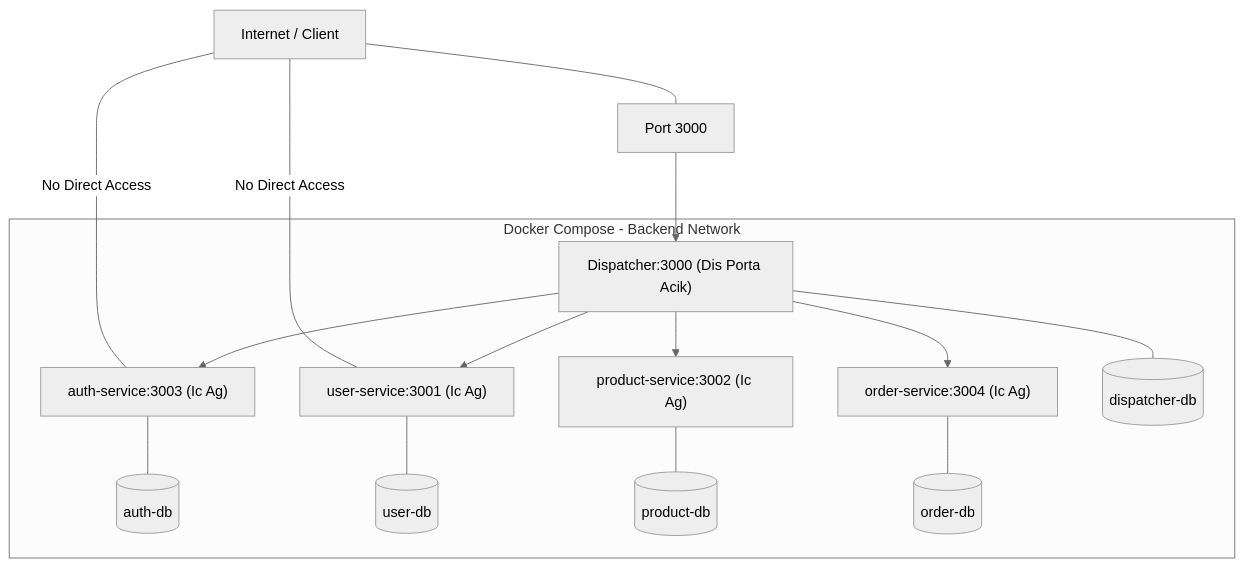
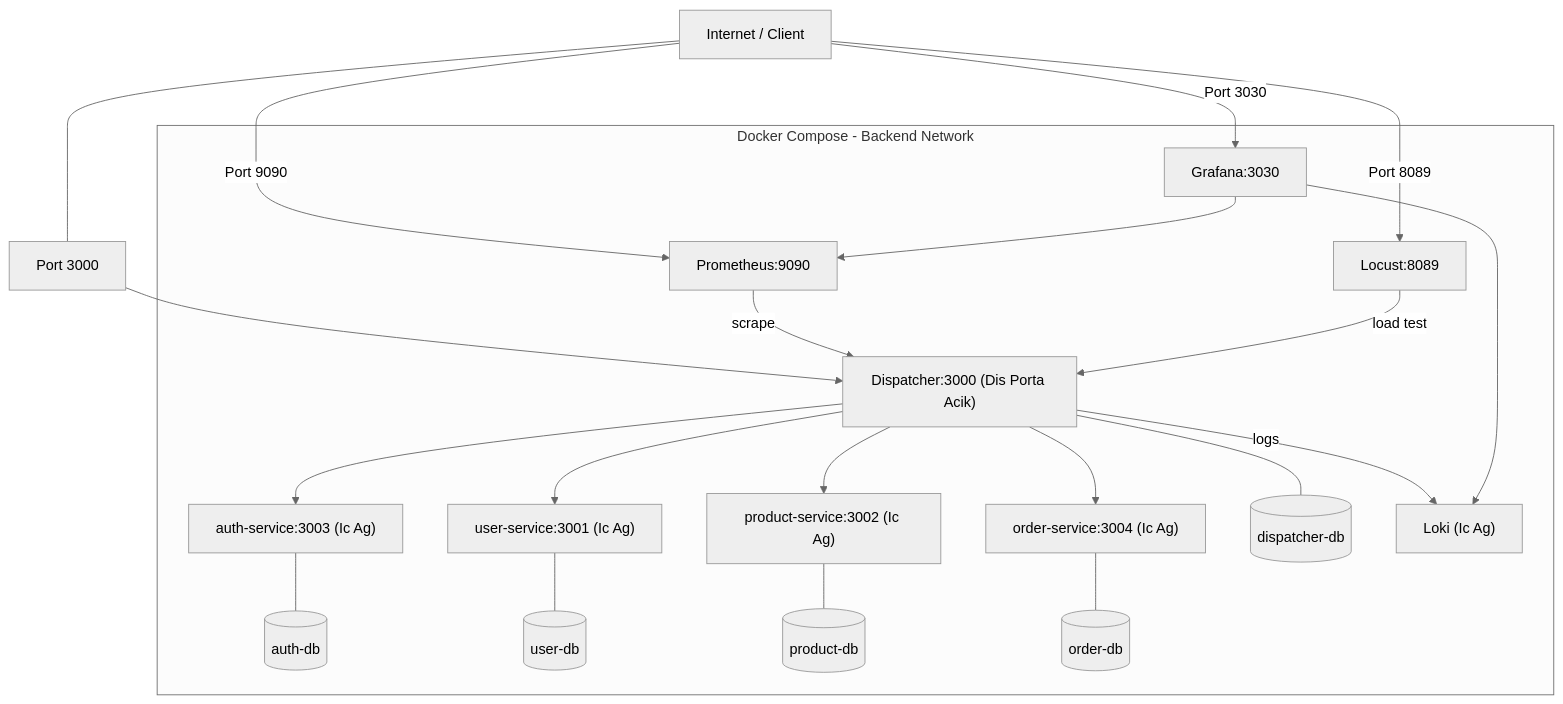
The fifth of 5 diagrams in README.md (iremkalayci/microservice-dispatcher), drawn with Mermaid (neutral theme) before and after one commit. The commit also changed other lines of this file and 10 other files, not shown here.

Commit message:
Prometheus, Grafana, Loki ve Locust izleme altyapisi eklendi - Docker uzerinden tam entegrasyon

````diff
--- a/README.md
+++ b/README.md
@@ -341,37 +359,46 @@
 ```mermaid
 graph TD
     subgraph "Docker Compose - Backend Network"
         D["Dispatcher:3000 (Dis Porta Acik)"]
         
         A["auth-service:3003 (Ic Ag)"]
         U["user-service:3001 (Ic Ag)"]
         P["product-service:3002 (Ic Ag)"]
         O["order-service:3004 (Ic Ag)"]
         
         DDB[(dispatcher-db)]
         ADB[(auth-db)]
         UDB[(user-db)]
         PDB[(product-db)]
         ODB[(order-db)]
+
+        PROM["Prometheus:9090"]
+        GRAF["Grafana:3030"]
+        LOKI["Loki (Ic Ag)"]
+        LOC["Locust:8089"]
     end
     
     Client["Internet / Client"] --- Port3000["Port 3000"]
     Port3000 --> D
     
-    %% Erisim Kisitlamalari
-    Client -- "No Direct Access" --- A
-    Client -- "No Direct Access" --- U
+    Client -- "Port 3030" --> GRAF
+    Client -- "Port 9090" --> PROM
+    Client -- "Port 8089" --> LOC
     
-    %% Servis Yonlendirmeleri
     D --> A
     D --> U
     D --> P
     D --> O
     
-    %% Veritabani Baglantilari
     D --- DDB
     A --- ADB
     U --- UDB
     P --- PDB
     O --- ODB
+
+    PROM -->|"scrape"| D
+    D -->|"logs"| LOKI
+    GRAF --> PROM
+    GRAF --> LOKI
+    LOC -->|"load test"| D
 ```
````
